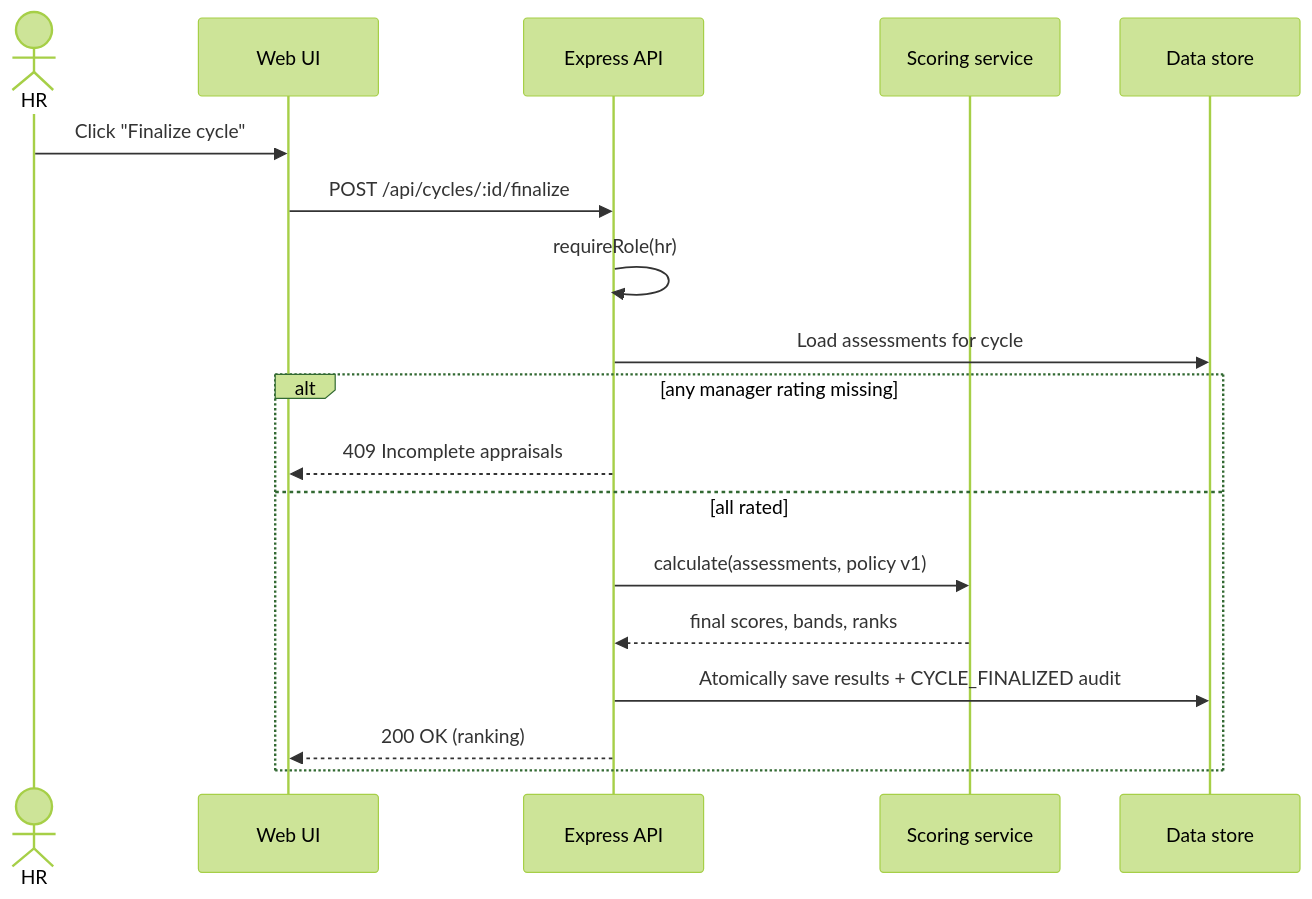
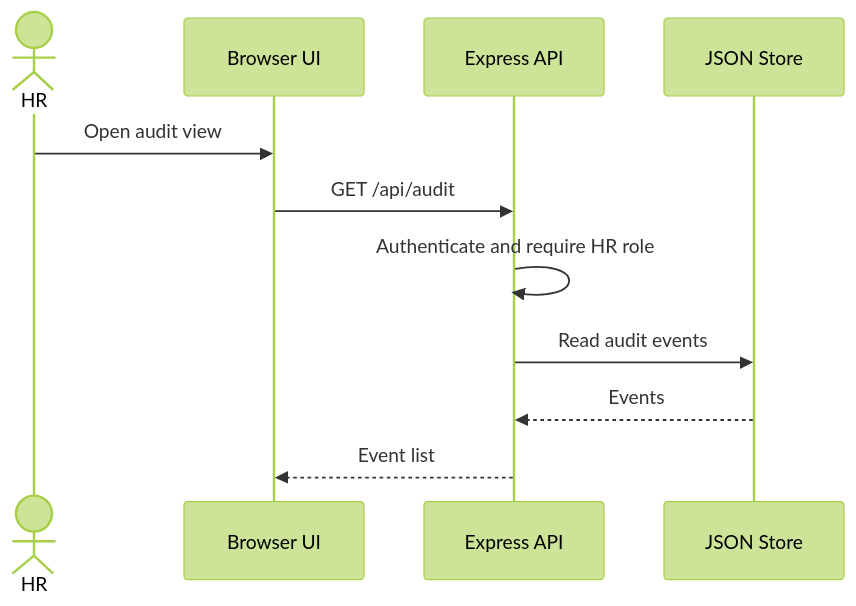
Before and after one commit to GSAIHEMANTH279/Automated-performance-appraisal-system: the third of 3 diagrams in SRS_SAD_TestPlan/SAD.md, drawn with Mermaid (forest theme). The commit also changed other lines of this file and 19 other files, not shown here.

````diff
--- a/SRS_SAD_TestPlan/SAD.md
+++ b/SRS_SAD_TestPlan/SAD.md
@@ -184,20 +138,13 @@
 ```mermaid
 sequenceDiagram
-  actor H as HR
-  participant UI as Web UI
-  participant API as Express API
-  participant SC as Scoring service
-  participant S as Data store
-  H->>UI: Click "Finalize cycle"
-  UI->>API: POST /api/cycles/:id/finalize
-  API->>API: requireRole(hr)
-  API->>S: Load assessments for cycle
-  alt any manager rating missing
-    API-->>UI: 409 Incomplete appraisals
-  else all rated
-    API->>SC: calculate(assessments, policy v1)
-    SC-->>API: final scores, bands, ranks
-    API->>S: Atomically save results + CYCLE_FINALIZED audit
-    API-->>UI: 200 OK (ranking)
-  end
+ actor H as HR
+ participant UI as Browser UI
+ participant API as Express API
+ participant Store as JSON Store
+ H->>UI: Open audit view
+ UI->>API: GET /api/audit
+ API->>API: Authenticate and require HR role
+ API->>Store: Read audit events
+ Store-->>API: Events
+ API-->>UI: Event list
 ```
````
